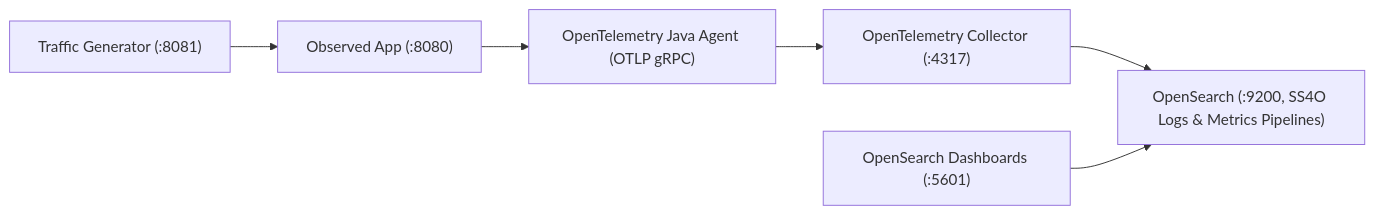
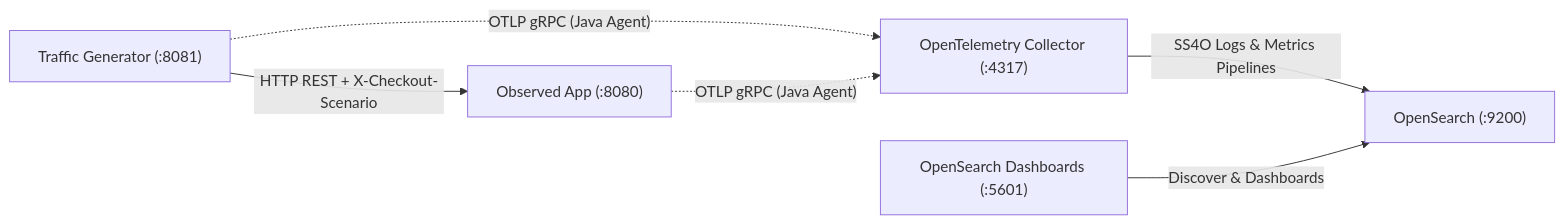
Before and after one commit to PawelBalcerek/observe-it: the diagram in README.md, drawn with Mermaid. The commit also changed other lines of this file and 17 other files, not shown here.

````diff
--- a/README.md
+++ b/README.md
@@ -22,8 +22,8 @@
 ```mermaid
 flowchart LR
-  TG["Traffic Generator (:8081)"] --> OA["Observed App (:8080)"]
-  OA --> OJA["OpenTelemetry Java Agent (OTLP gRPC)"]
-  OJA --> OC["OpenTelemetry Collector (:4317)"]
-  OC --> OS["OpenSearch (:9200, SS4O Logs & Metrics Pipelines)"]
-  OSD["OpenSearch Dashboards (:5601)"] --> OS
+  TG["Traffic Generator (:8081)"] -->|"HTTP REST + X-Checkout-Scenario"| OA["Observed App (:8080)"]
+  TG -.->|"OTLP gRPC (Java Agent)"| OC["OpenTelemetry Collector (:4317)"]
+  OA -.->|"OTLP gRPC (Java Agent)"| OC
+  OC -->|"SS4O Logs & Metrics Pipelines"| OS["OpenSearch (:9200)"]
+  OSD["OpenSearch Dashboards (:5601)"] -->|"Discover & Dashboards"| OS
 ```
````
